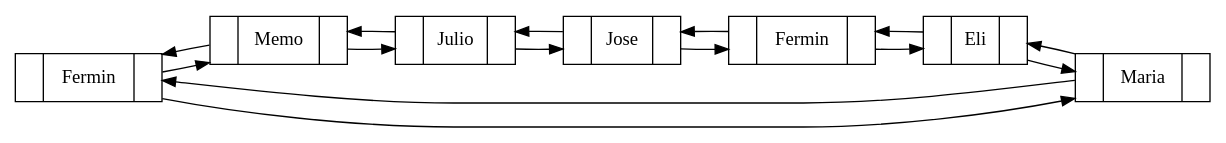
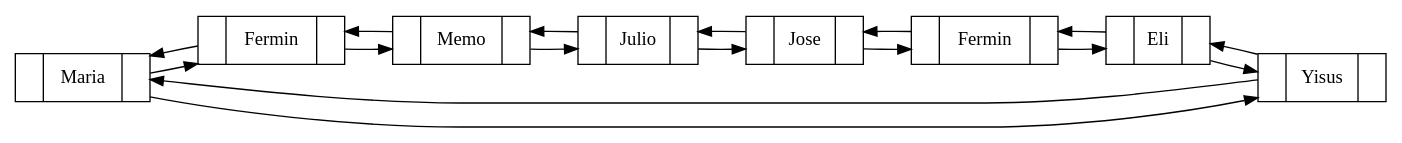
One commit to jmansilla-2014056/EDD_P1_Snake-Game changed the diagram in Game/circular.gv. Above: the diagram before and after it, drawn with Graphviz. The commit also changed 10 other files, not shown here.

```diff
--- a/Game/circular.gv
+++ b/Game/circular.gv
@@ -1,25 +1,28 @@
 digraph structs {
 	node [shape=record]
 	rankdir=LR
-	<Game.Doublylinkedlist.Node object at 0x03161950> [label="{|Fermin|}"]
-	<Game.Doublylinkedlist.Node object at 0x03161930> [label="{|Memo|}"]
-	<Game.Doublylinkedlist.Node object at 0x03161910> [label="{|Julio|}"]
-	<Game.Doublylinkedlist.Node object at 0x031618F0> [label="{|Jose|}"]
-	<Game.Doublylinkedlist.Node object at 0x031618D0> [label="{|Fermin|}"]
-	<Game.Doublylinkedlist.Node object at 0x031618B0> [label="{|Eli|}"]
-	<Game.Doublylinkedlist.Node object at 0x03161970> [label="{|Maria|}"]
-	<Game.Doublylinkedlist.Node object at 0x03161950> -> <Game.Doublylinkedlist.Node object at 0x03161930>
-	<Game.Doublylinkedlist.Node object at 0x03161950> -> <Game.Doublylinkedlist.Node object at 0x03161970>
-	<Game.Doublylinkedlist.Node object at 0x03161930> -> <Game.Doublylinkedlist.Node object at 0x03161910>
-	<Game.Doublylinkedlist.Node object at 0x03161930> -> <Game.Doublylinkedlist.Node object at 0x03161950>
-	<Game.Doublylinkedlist.Node object at 0x03161910> -> <Game.Doublylinkedlist.Node object at 0x031618F0>
-	<Game.Doublylinkedlist.Node object at 0x03161910> -> <Game.Doublylinkedlist.Node object at 0x03161930>
-	<Game.Doublylinkedlist.Node object at 0x031618F0> -> <Game.Doublylinkedlist.Node object at 0x031618D0>
-	<Game.Doublylinkedlist.Node object at 0x031618F0> -> <Game.Doublylinkedlist.Node object at 0x03161910>
-	<Game.Doublylinkedlist.Node object at 0x031618D0> -> <Game.Doublylinkedlist.Node object at 0x031618B0>
-	<Game.Doublylinkedlist.Node object at 0x031618D0> -> <Game.Doublylinkedlist.Node object at 0x031618F0>
-	<Game.Doublylinkedlist.Node object at 0x031618B0> -> <Game.Doublylinkedlist.Node object at 0x03161970>
-	<Game.Doublylinkedlist.Node object at 0x031618B0> -> <Game.Doublylinkedlist.Node object at 0x031618D0>
-	<Game.Doublylinkedlist.Node object at 0x03161970> -> <Game.Doublylinkedlist.Node object at 0x03161950>
-	<Game.Doublylinkedlist.Node object at 0x03161970> -> <Game.Doublylinkedlist.Node object at 0x031618B0>
+	<Game.Doublylinkedlist.Node object at 0x0334DEB0> [label="{|Maria|}"]
+	<Game.Doublylinkedlist.Node object at 0x0334DE90> [label="{|Fermin|}"]
+	<Game.Doublylinkedlist.Node object at 0x0334DE70> [label="{|Memo|}"]
+	<Game.Doublylinkedlist.Node object at 0x0334DE50> [label="{|Julio|}"]
+	<Game.Doublylinkedlist.Node object at 0x0334DE30> [label="{|Jose|}"]
+	<Game.Doublylinkedlist.Node object at 0x0334DE10> [label="{|Fermin|}"]
+	<Game.Doublylinkedlist.Node object at 0x0334DDF0> [label="{|Eli|}"]
+	<Game.Doublylinkedlist.Node object at 0x0330C350> [label="{|Yisus|}"]
+	<Game.Doublylinkedlist.Node object at 0x0334DEB0> -> <Game.Doublylinkedlist.Node object at 0x0334DE90>
+	<Game.Doublylinkedlist.Node object at 0x0334DEB0> -> <Game.Doublylinkedlist.Node object at 0x0330C350>
+	<Game.Doublylinkedlist.Node object at 0x0334DE90> -> <Game.Doublylinkedlist.Node object at 0x0334DE70>
+	<Game.Doublylinkedlist.Node object at 0x0334DE90> -> <Game.Doublylinkedlist.Node object at 0x0334DEB0>
+	<Game.Doublylinkedlist.Node object at 0x0334DE70> -> <Game.Doublylinkedlist.Node object at 0x0334DE50>
+	<Game.Doublylinkedlist.Node object at 0x0334DE70> -> <Game.Doublylinkedlist.Node object at 0x0334DE90>
+	<Game.Doublylinkedlist.Node object at 0x0334DE50> -> <Game.Doublylinkedlist.Node object at 0x0334DE30>
+	<Game.Doublylinkedlist.Node object at 0x0334DE50> -> <Game.Doublylinkedlist.Node object at 0x0334DE70>
+	<Game.Doublylinkedlist.Node object at 0x0334DE30> -> <Game.Doublylinkedlist.Node object at 0x0334DE10>
+	<Game.Doublylinkedlist.Node object at 0x0334DE30> -> <Game.Doublylinkedlist.Node object at 0x0334DE50>
+	<Game.Doublylinkedlist.Node object at 0x0334DE10> -> <Game.Doublylinkedlist.Node object at 0x0334DDF0>
+	<Game.Doublylinkedlist.Node object at 0x0334DE10> -> <Game.Doublylinkedlist.Node object at 0x0334DE30>
+	<Game.Doublylinkedlist.Node object at 0x0334DDF0> -> <Game.Doublylinkedlist.Node object at 0x0330C350>
+	<Game.Doublylinkedlist.Node object at 0x0334DDF0> -> <Game.Doublylinkedlist.Node object at 0x0334DE10>
+	<Game.Doublylinkedlist.Node object at 0x0330C350> -> <Game.Doublylinkedlist.Node object at 0x0334DEB0>
+	<Game.Doublylinkedlist.Node object at 0x0330C350> -> <Game.Doublylinkedlist.Node object at 0x0334DDF0>
 }
```
